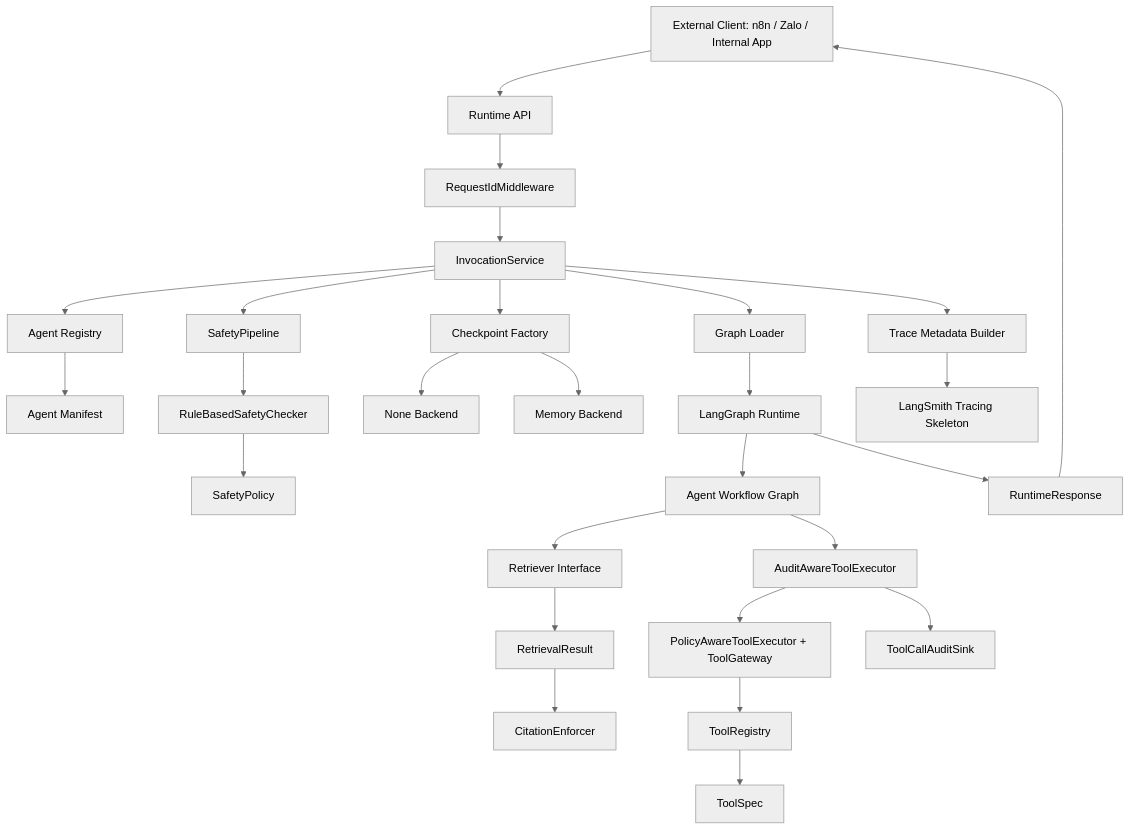
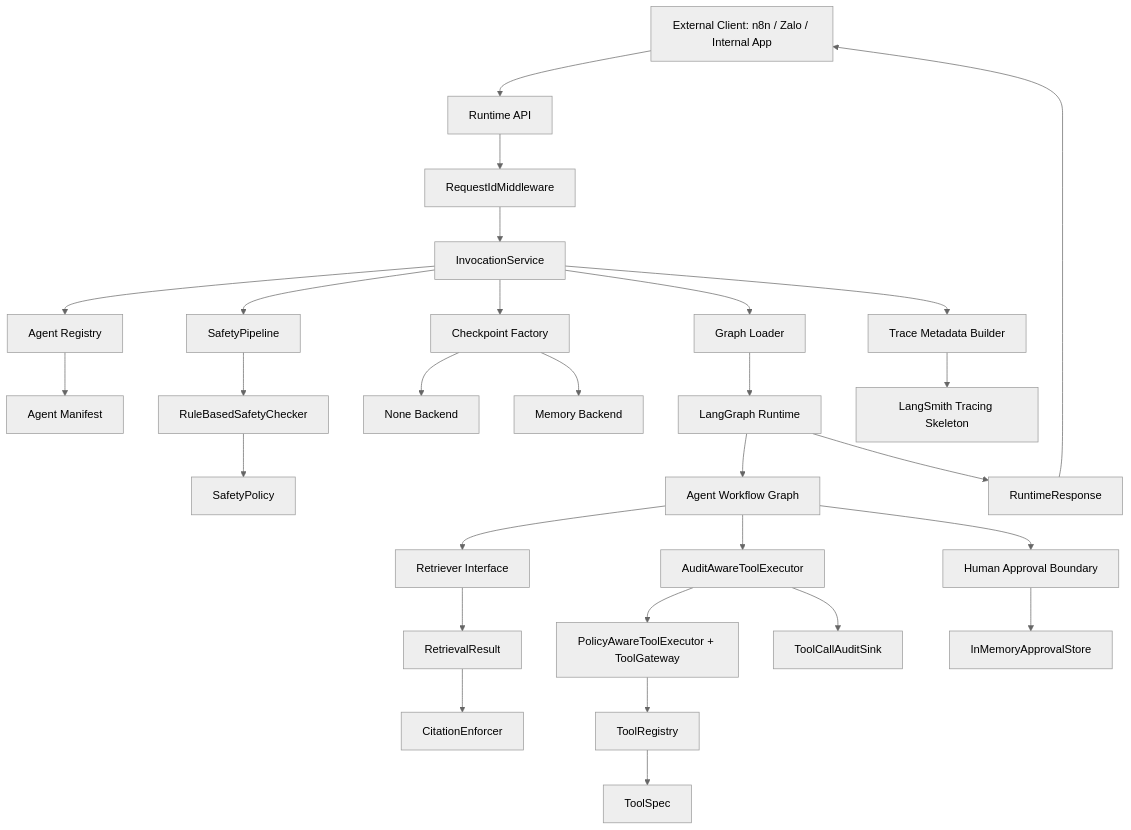
The first of 4 diagrams in docs/architecture/overview.md (Tenaity/ai-agent-platform), drawn with Mermaid (neutral theme) before and after one commit. The commit also changed other lines of this file and 16 other files, not shown here.

````diff
--- a/docs/architecture/overview.md
+++ b/docs/architecture/overview.md
@@ -18,38 +18,41 @@
 ```mermaid
 flowchart TD
     Client["External Client: n8n / Zalo / Internal App"] --> API["Runtime API"]
 
     API --> Middleware["RequestIdMiddleware"]
     Middleware --> Invoke["InvocationService"]
 
     Invoke --> Registry["Agent Registry"]
     Registry --> Manifest["Agent Manifest"]
 
     Invoke --> GraphLoader["Graph Loader"]
     GraphLoader --> Runtime["LangGraph Runtime"]
 
     Invoke --> Checkpoint["Checkpoint Factory"]
     Checkpoint --> NoneBackend["None Backend"]
     Checkpoint --> MemoryBackend["Memory Backend"]
 
     Invoke --> Safety["SafetyPipeline"]
     Safety --> SafetyChecker["RuleBasedSafetyChecker"]
     SafetyChecker --> SafetyPolicy["SafetyPolicy"]
 
     Runtime --> AgentGraph["Agent Workflow Graph"]
     AgentGraph --> Retriever["Retriever Interface"]
     Retriever --> RetrievalResult["RetrievalResult"]
     RetrievalResult --> CitationEnforcer["CitationEnforcer"]
 
     AgentGraph --> AuditWrapper["AuditAwareToolExecutor"]
     AuditWrapper --> ToolGateway["PolicyAwareToolExecutor + ToolGateway"]
     ToolGateway --> ToolRegistry["ToolRegistry"]
     ToolRegistry --> ToolSpec["ToolSpec"]
     AuditWrapper --> AuditSink["ToolCallAuditSink"]
 
+    AgentGraph --> Approval["Human Approval Boundary"]
+    Approval --> ApprovalStore["InMemoryApprovalStore"]
+
     Invoke --> TraceMeta["Trace Metadata Builder"]
     TraceMeta --> LangSmith["LangSmith Tracing Skeleton"]
 
     Runtime --> Response["RuntimeResponse"]
     Response --> Client
 ```
````
